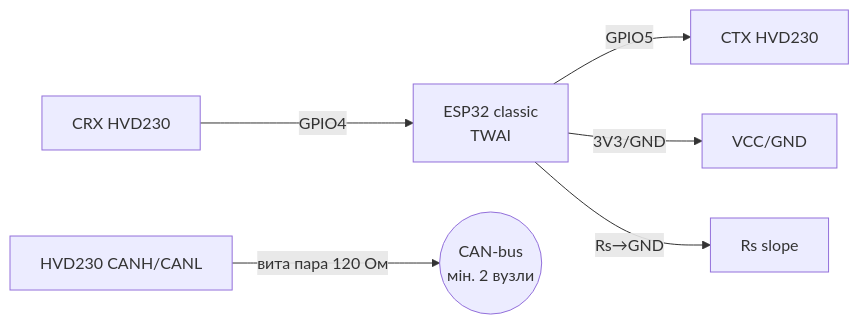
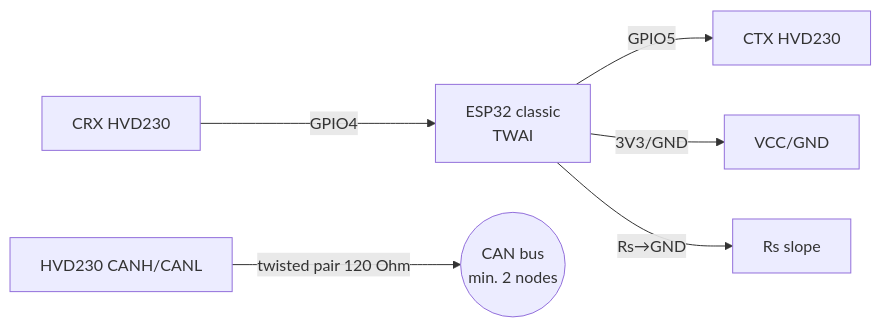
Before and after one commit to ksalab/embedded-reference: the second of 4 diagrams in obsidian_vault/ESP32-Reference/EN/12-Comm-Modules/04-RS485-CAN-Ethernet-Kamera.en.md, drawn with Mermaid. The commit also changed other lines of this file and 76 other files, not shown here.

````diff
--- a/obsidian_vault/ESP32-Reference/EN/12-Comm-Modules/04-RS485-CAN-Ethernet-Kamera.en.md
+++ b/obsidian_vault/ESP32-Reference/EN/12-Comm-Modules/04-RS485-CAN-Ethernet-Kamera.en.md
@@ -175,8 +175,8 @@
 ```mermaid
 graph LR
     ESP32[ESP32 classic<br/>TWAI] -->|GPIO5| CTX[CTX HVD230]
     CRX[CRX HVD230] -->|GPIO4| ESP32
     ESP32 -->|3V3/GND| PWR[VCC/GND]
     ESP32 -->|Rs→GND| RS[Rs slope]
-    HVD[HVD230 CANH/CANL] -->|вита пара 120 Ом| BUS((CAN-bus<br/>мін. 2 вузли))
+    HVD[HVD230 CANH/CANL] -->|twisted pair 120 Ohm| BUS((CAN bus<br/>min. 2 nodes))
 ```
````
